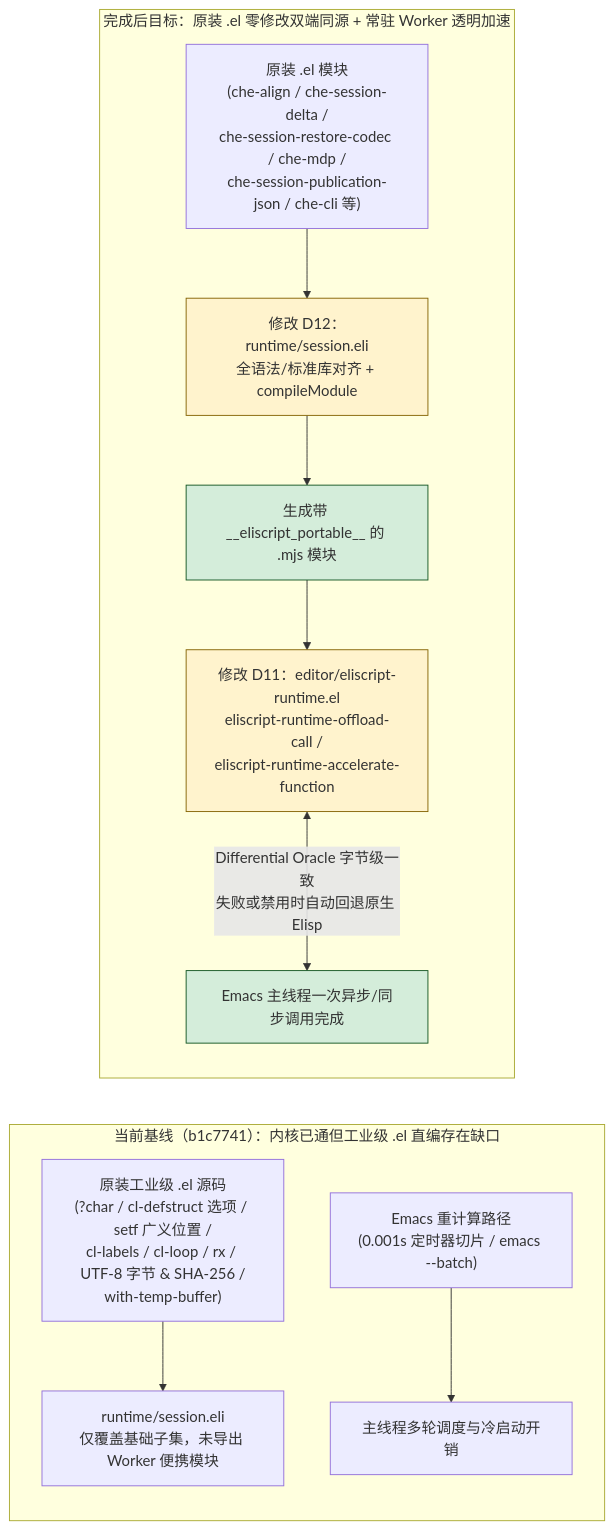
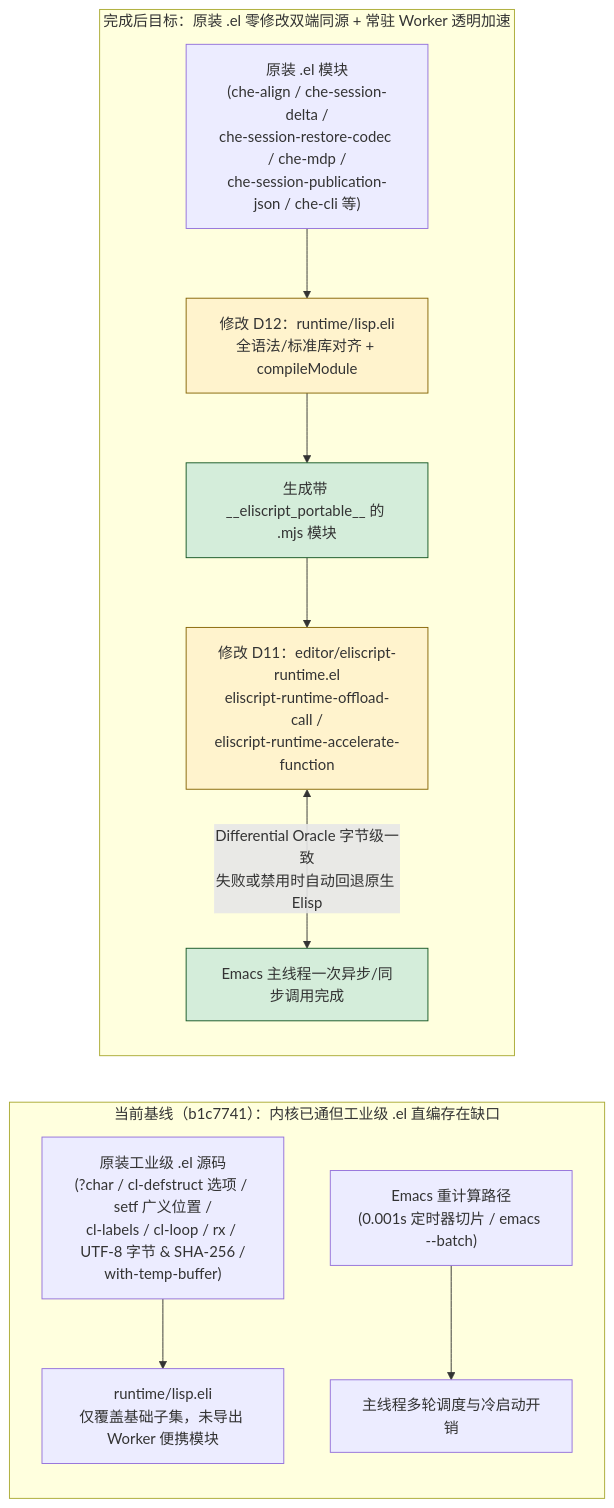
One commit to liuchong/eliscript changed the third of 3 diagrams in docs/bootstrap-0.1.0-plan.md. Above: the diagram before and after it, drawn with Mermaid. The commit also changed other lines of this file and 355 other files, not shown here.

Commit message:
Unify compiler and runtime into runtime/lisp with full CLI/AOT parity and zero legacy

````diff
--- a/docs/bootstrap-0.1.0-plan.md
+++ b/docs/bootstrap-0.1.0-plan.md
@@ -247,17 +247,17 @@
 ```mermaid
 flowchart LR
   subgraph Current_DualHost_Gap["当前基线（b1c7741）：内核已通但工业级 .el 直编存在缺口"]
-    EL0["原装工业级 .el 源码\n(?char / cl-defstruct 选项 / setf 广义位置 /\ncl-labels / cl-loop / rx / UTF-8 字节 & SHA-256 /\nwith-temp-buffer)"] --> R0["runtime/session.eli\n仅覆盖基础子集，未导出 Worker 便携模块"]
+    EL0["原装工业级 .el 源码\n(?char / cl-defstruct 选项 / setf 广义位置 /\ncl-labels / cl-loop / rx / UTF-8 字节 & SHA-256 /\nwith-temp-buffer)"] --> R0["runtime/lisp.eli\n仅覆盖基础子集，未导出 Worker 便携模块"]
     E0["Emacs 重计算路径\n(0.001s 定时器切片 / emacs --batch)"] --> B0["主线程多轮调度与冷启动开销"]
   end
   subgraph Target_DualHost_Accel["完成后目标：原装 .el 零修改双端同源 + 常驻 Worker 透明加速"]
-    EL1["原装 .el 模块\n(che-align / che-session-delta /\nche-session-restore-codec / che-mdp /\nche-session-publication-json / che-cli 等)"] --> C1["修改 D12：runtime/session.eli\n全语法/标准库对齐 + compileModule"]
+    EL1["原装 .el 模块\n(che-align / che-session-delta /\nche-session-restore-codec / che-mdp /\nche-session-publication-json / che-cli 等)"] --> C1["修改 D12：runtime/lisp.eli\n全语法/标准库对齐 + compileModule"]
     C1 --> M1["生成带 __eliscript_portable__ 的 .mjs 模块"]
     M1 --> W1["修改 D11：editor/eliscript-runtime.el\neliscript-runtime-offload-call /\neliscript-runtime-accelerate-function"]
     W1 <-->|"Differential Oracle 字节级一致\n失败或禁用时自动回退原生 Elisp"| E1["Emacs 主线程一次异步/同步调用完成"]
   end
   classDef changed fill:#fff3cd,stroke:#856404
   classDef added fill:#d4edda,stroke:#155724
   class C1,W1 changed
   class M1,E1 added
 ```
````
